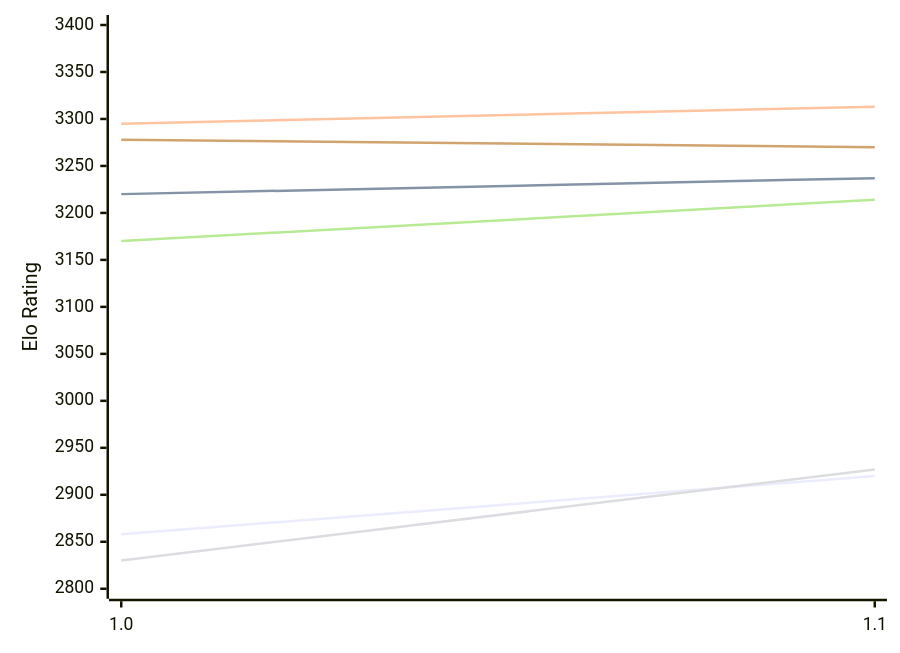
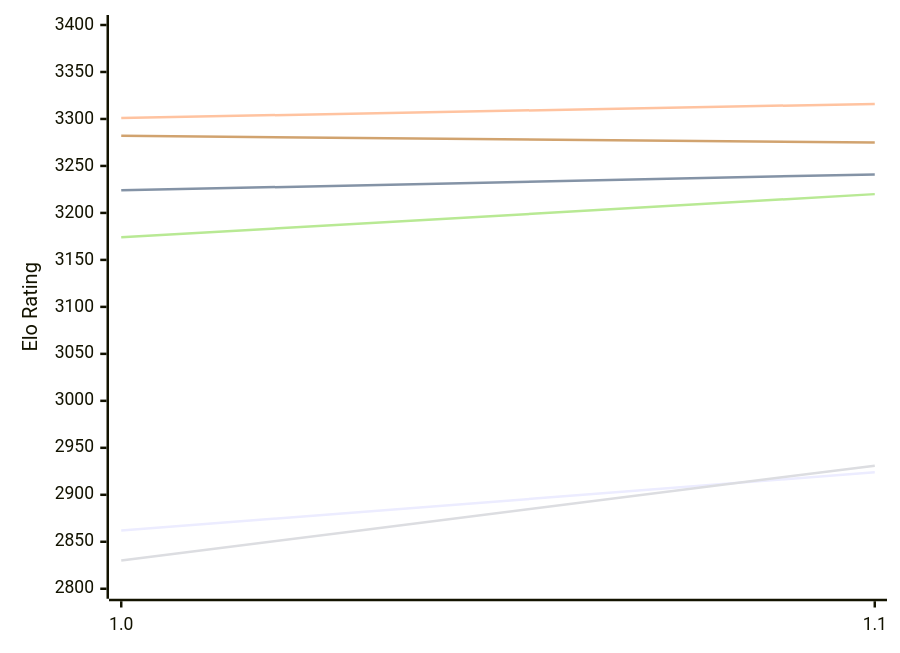
One commit to computer-chess-index/cci changed the first of 2 diagrams in engines/RodentV.md. Above: the diagram before and after it, drawn with Mermaid. The commit also changed other lines of this file, not shown here.

Commit message:
Update CCI Ratings (ELO VLTC) - 2026-11-20

````diff
--- a/engines/RodentV.md
+++ b/engines/RodentV.md
@@ -50,12 +50,12 @@
 ```mermaid
 %%{init: {"theme":"base","themeVariables":{"seriesColors:['#a3a3a3','#222221','#faa371']}}}%%
 xychart-beta
   x-axis ["1.0", "1.1"]
   y-axis "Elo Rating" 2800 --> 3400
-  line "E1: STC (8.0+0.08s)" [2858, 2920]
-  line "E1: LTC (60.0+0.60s)" [3220, 3237]
-  line "E1: VLTC (2m24s+1.12s)" [3295, 3313]
-  line "P1: STC (8.0+0.08s)" [2830, 2927]
-  line "P1: LTC (60.0+0.60s)" [3170, 3214]
-  line "P1: VLTC (2m24s+1.12s)" [3278, 3270]
+  line "E1: STC (8.0+0.08s)" [2862, 2924]
+  line "E1: LTC (60.0+0.60s)" [3224, 3241]
+  line "E1: VLTC (2m24s+1.12s)" [3301, 3316]
+  line "P1: STC (8.0+0.08s)" [2830, 2931]
+  line "P1: LTC (60.0+0.60s)" [3174, 3220]
+  line "P1: VLTC (2m24s+1.12s)" [3282, 3275]
 ```
````
